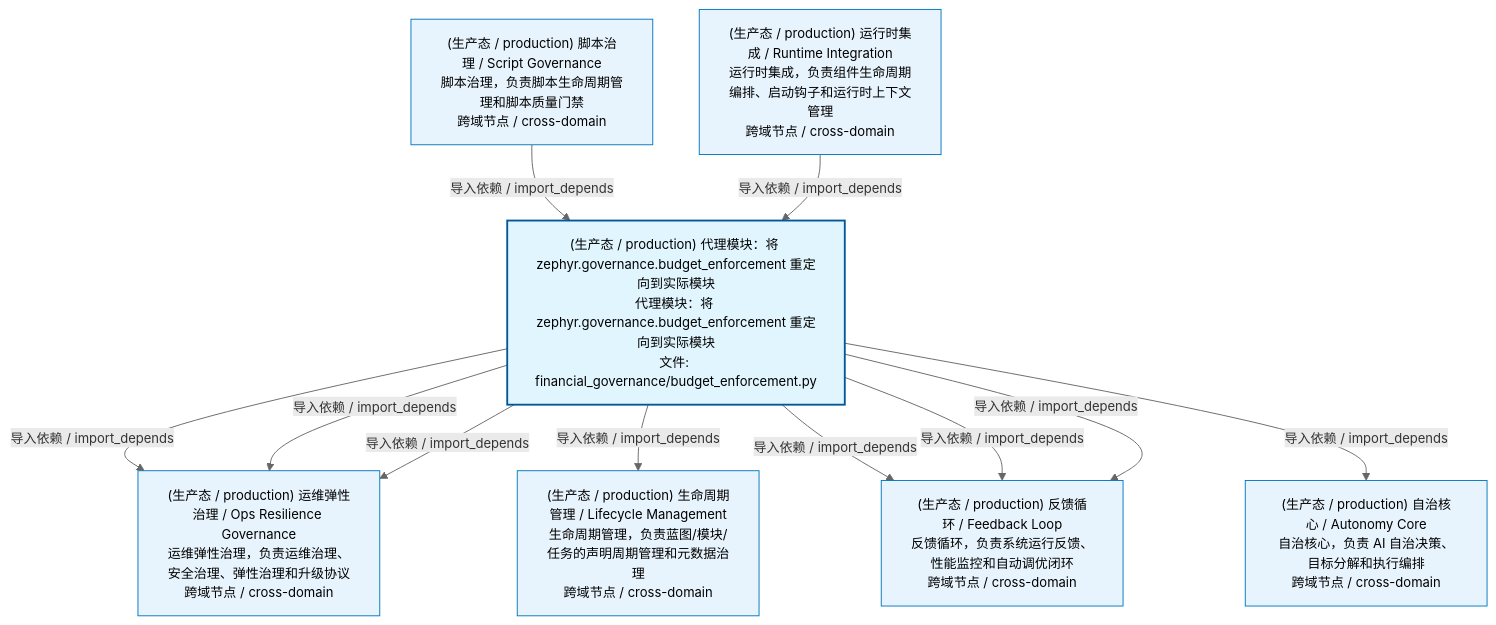
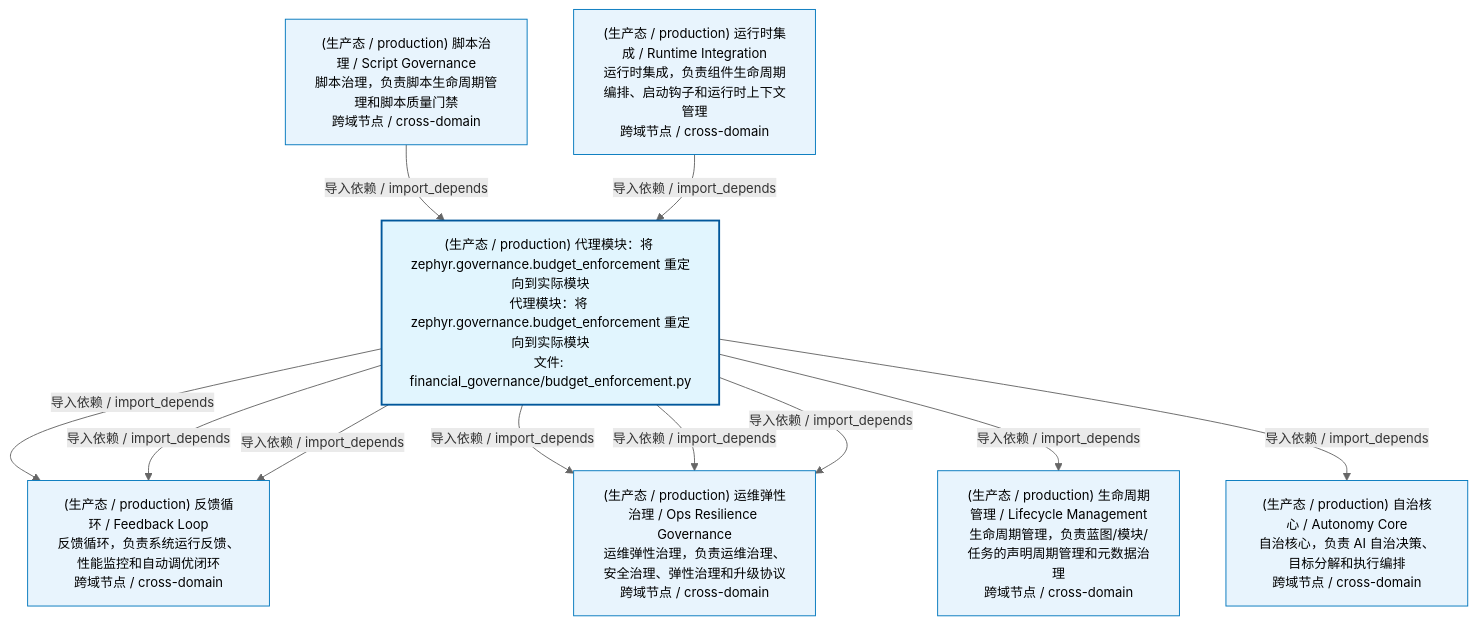
Before and after one commit to xuanFelixVan/ZephyrAlpha: the first of 2 diagrams in docs/02_enterprise_architecture/02_domain_architecture_docs/54_d_gov_repair.md, drawn with Mermaid. The commit also changed 44 other files, not shown here.

````diff
--- a/docs/02_enterprise_architecture/02_domain_architecture_docs/54_d_gov_repair.md
+++ b/docs/02_enterprise_architecture/02_domain_architecture_docs/54_d_gov_repair.md
@@ -53,27 +53,27 @@
 ```mermaid
 %%{init: {'theme': 'base', 'themeVariables': {'primaryColor': '#eaeaea', 'primaryTextColor': '#333333', 'primaryBorderColor': '#666666', 'lineColor': '#666666', 'secondaryColor': '#eaeaea', 'tertiaryColor': '#eaeaea', 'fontSize': '14px'}}}%%
 flowchart TD
     src_zephyr_governance_financial_governance_budget_enforcement_py["(生产态 / production) 代理模块：将 zephyr.governance.budget_enforcement 重定向到实际模块<br/>代理模块：将 zephyr.governance.budget_enforcement 重定向到实际模块<br/>文件: financial_governance/budget_enforcement.py"]
+    D_OPS["(生产态 / production) 反馈循环 / Feedback Loop<br/>反馈循环，负责系统运行反馈、性能监控和自动调优闭环<br/>跨域节点 / cross-domain"]
+    src_zephyr_governance_financial_governance_budget_enforcement_py -->|导入依赖 / import_depends| D_OPS
     D_GOV_OPS_RESILIENCE["(生产态 / production) 运维弹性治理 / Ops Resilience Governance<br/>运维弹性治理，负责运维治理、安全治理、弹性治理和升级协议<br/>跨域节点 / cross-domain"]
     src_zephyr_governance_financial_governance_budget_enforcement_py -->|导入依赖 / import_depends| D_GOV_OPS_RESILIENCE
     D_GOVERNANCE["(生产态 / production) 生命周期管理 / Lifecycle Management<br/>生命周期管理，负责蓝图/模块/任务的声明周期管理和元数据治理<br/>跨域节点 / cross-domain"]
     src_zephyr_governance_financial_governance_budget_enforcement_py -->|导入依赖 / import_depends| D_GOVERNANCE
     src_zephyr_governance_financial_governance_budget_enforcement_py -->|导入依赖 / import_depends| D_GOV_OPS_RESILIENCE
-    D_OPS["(生产态 / production) 反馈循环 / Feedback Loop<br/>反馈循环，负责系统运行反馈、性能监控和自动调优闭环<br/>跨域节点 / cross-domain"]
     src_zephyr_governance_financial_governance_budget_enforcement_py -->|导入依赖 / import_depends| D_OPS
     D_AUTONOMY_CORE["(生产态 / production) 自治核心 / Autonomy Core<br/>自治核心，负责 AI 自治决策、目标分解和执行编排<br/>跨域节点 / cross-domain"]
     src_zephyr_governance_financial_governance_budget_enforcement_py -->|导入依赖 / import_depends| D_AUTONOMY_CORE
     src_zephyr_governance_financial_governance_budget_enforcement_py -->|导入依赖 / import_depends| D_OPS
     src_zephyr_governance_financial_governance_budget_enforcement_py -->|导入依赖 / import_depends| D_GOV_OPS_RESILIENCE
-    src_zephyr_governance_financial_governance_budget_enforcement_py -->|导入依赖 / import_depends| D_OPS
     D_GOV_SCRIPTS["(生产态 / production) 脚本治理 / Script Governance<br/>脚本治理，负责脚本生命周期管理和脚本质量门禁<br/>跨域节点 / cross-domain"]
     D_GOV_SCRIPTS -->|导入依赖 / import_depends| src_zephyr_governance_financial_governance_budget_enforcement_py
     D_INFRA_RUNTIME["(生产态 / production) 运行时集成 / Runtime Integration<br/>运行时集成，负责组件生命周期编排、启动钩子和运行时上下文管理<br/>跨域节点 / cross-domain"]
     D_INFRA_RUNTIME -->|导入依赖 / import_depends| src_zephyr_governance_financial_governance_budget_enforcement_py
     classDef production fill:#e1f5fe,stroke:#01579b,stroke-width:2px,color:#000
     classDef design fill:#fff3e0,stroke:#e65100,stroke-width:2px,color:#000,stroke-dasharray: 5 5
     classDef external_prod fill:#e8f4fd,stroke:#0277bd,stroke-width:1px,color:#000
     classDef external_design fill:#fff8e7,stroke:#ef6c00,stroke-width:1px,color:#000,stroke-dasharray: 5 5
     class src_zephyr_governance_financial_governance_budget_enforcement_py production
-    class D_GOV_OPS_RESILIENCE,D_GOVERNANCE,D_OPS,D_AUTONOMY_CORE,D_GOV_SCRIPTS,D_INFRA_RUNTIME external_prod
+    class D_OPS,D_GOV_OPS_RESILIENCE,D_GOVERNANCE,D_AUTONOMY_CORE,D_GOV_SCRIPTS,D_INFRA_RUNTIME external_prod
 ```
````
